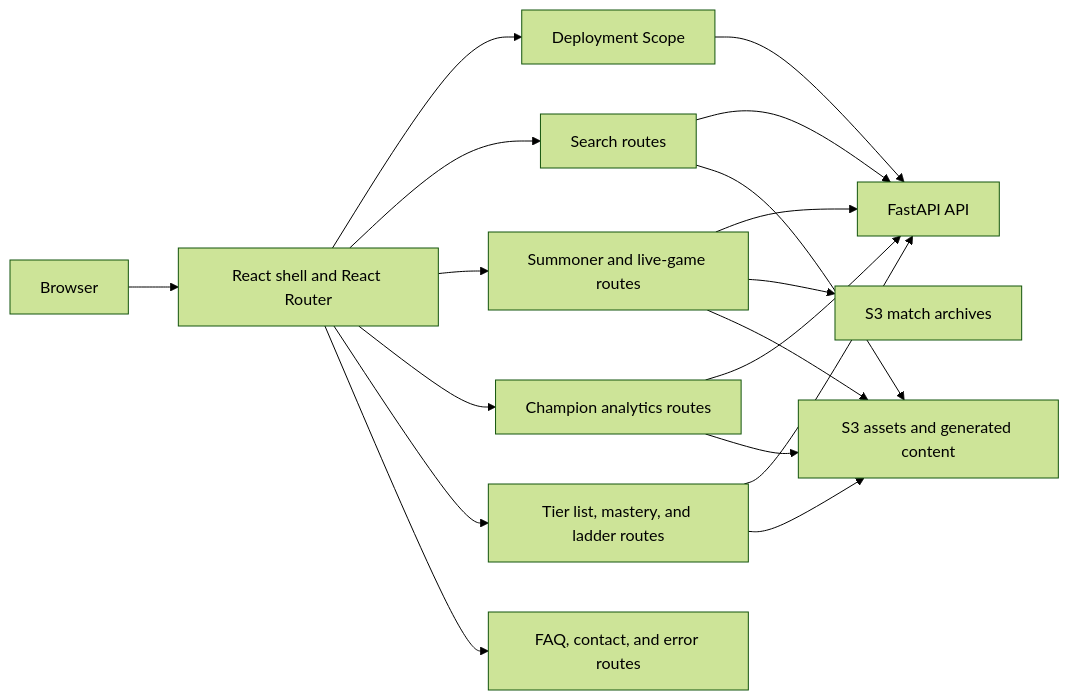
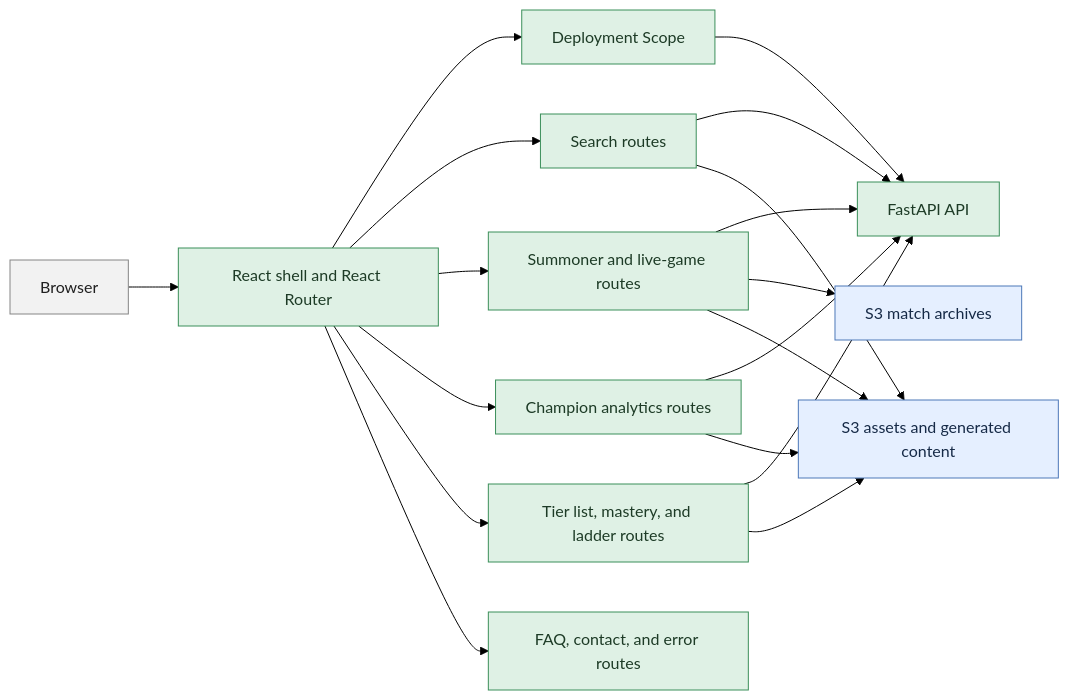
One commit to winrates-gg/wrgg-public-documentation changed the first of 3 diagrams in docs/frontend-delivery.md. Above: the diagram before and after it, drawn with Mermaid (forest theme). The commit also changed other lines of this file and 1 other file, not shown here.

Commit message:
Added legend to clarify diagram color coding

````diff
--- a/docs/frontend-delivery.md
+++ b/docs/frontend-delivery.md
@@ -29,32 +40,39 @@
 ```mermaid
 flowchart LR
     Browser[Browser]
     Shell[React shell and React Router]
     Capabilities[Deployment Scope]
     Search[Search routes]
     Profiles[Summoner and live-game routes]
     Analytics[Champion analytics routes]
     Rankings[Tier list, mastery, and ladder routes]
     Static[FAQ, contact, and error routes]
     API[FastAPI API]
     Archives[S3 match archives]
     Content[S3 assets and generated content]
 
     Browser --> Shell
     Shell --> Capabilities
     Shell --> Search
     Shell --> Profiles
     Shell --> Analytics
     Shell --> Rankings
     Shell --> Static
     Capabilities --> API
     Search --> API
     Profiles --> API
     Profiles --> Archives
     Analytics --> API
     Rankings --> API
     Search --> Content
     Profiles --> Content
     Analytics --> Content
     Rankings --> Content
+
+    classDef user fill:#f2f2f2,stroke:#858585,color:#202020
+    classDef backend fill:#dff1e5,stroke:#3b8f5a,color:#1d3b26
+    classDef aws fill:#e5efff,stroke:#4c78b8,color:#162a47
+    class Browser user
+    class Shell,Capabilities,Search,Profiles,Analytics,Rankings,Static,API backend
+    class Archives,Content aws
 ```
````
